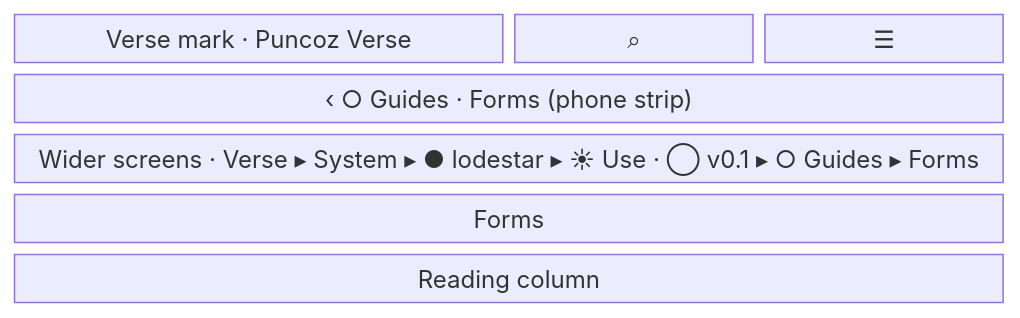
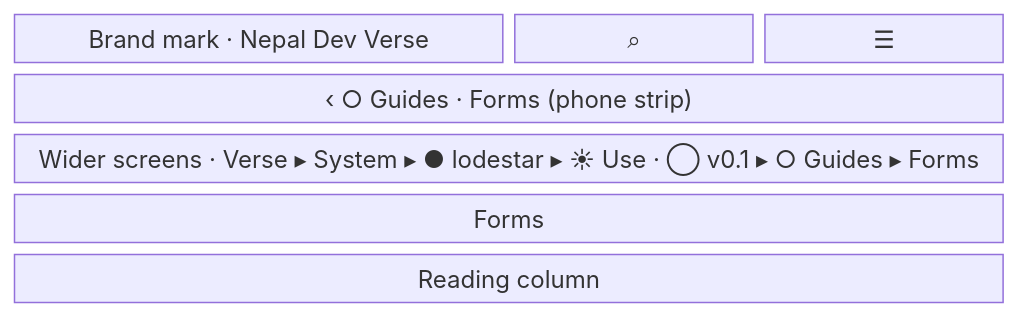
The third of 6 diagrams in content/docs/maintain/app-flow/universe-theme.mdx (nepal-dev-com/docs.nepal-dev.com), drawn with Mermaid before and after one commit. The commit also changed other lines of this file and 145 other files, not shown here.

Commit message:
nepal dev docs

````diff
--- a/content/docs/maintain/app-flow/universe-theme.mdx
+++ b/content/docs/maintain/app-flow/universe-theme.mdx
@@ -96,9 +98,9 @@
 ```mermaid
 block-beta
   columns 4
-  mark["Verse mark · Puncoz Verse"]:2 search["⌕"] menu["☰"]
+  mark["Brand mark · Nepal Dev Verse"]:2 search["⌕"] menu["☰"]
   strip["‹ ○ Guides · Forms (phone strip)"]:4
   wide["Wider screens · Verse ▸ System ▸ ● lodestar ▸ ☀ Use · ◯ v0.1 ▸ ○ Guides ▸ Forms"]:4
   title["Forms"]:4
   body["Reading column"]:4
 ```
````
